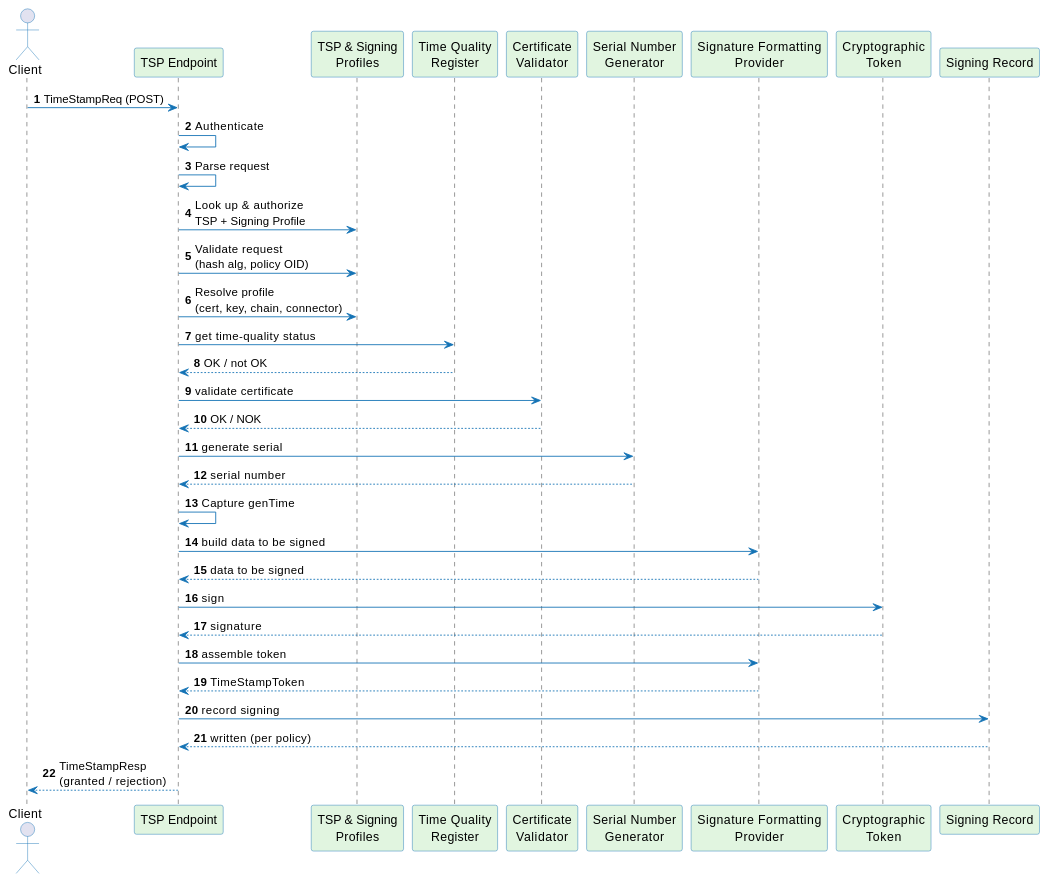
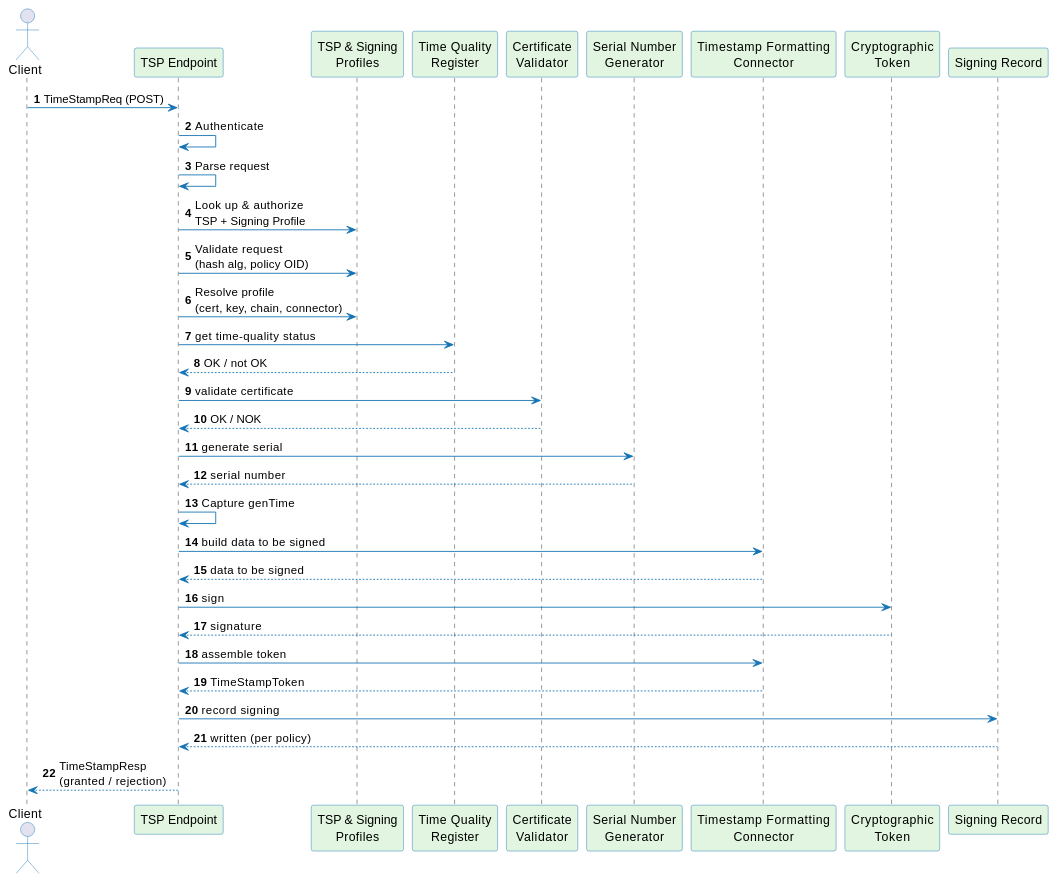
One commit to CZERTAINLY/CZERTAINLY-Documentation changed the diagram in docs/signing/timestamping/timestamping-flow.md. Above: the diagram before and after it, drawn with PlantUML. The commit also changed other lines of this file and 13 other files, not shown here.

````diff
--- a/docs/signing/timestamping/timestamping-flow.md
+++ b/docs/signing/timestamping/timestamping-flow.md
@@ -15,45 +15,45 @@
 ```plantuml
 @startuml
 skinparam sequence {
     ArrowColor #1573B5
     ActorBorderColor #1573B5
     ParticipantBorderColor #1573B5
     ParticipantBackgroundColor #E1F5E0
     NoteBackgroundColor #F7F7F7
 }
 autonumber
 
 actor Client
 participant "TSP Endpoint" as Core
 participant "TSP & Signing\nProfiles" as Profiles
 participant "Time Quality\nRegister" as TQ
 participant "Certificate\nValidator" as Cert
 participant "Serial Number\nGenerator" as Serial
-participant "Signature Formatting\nProvider" as Fmt
+participant "Timestamp Formatting\nConnector" as Fmt
 participant "Cryptographic\nToken" as Token
 participant "Signing Record" as Rec
 
 Client -> Core: TimeStampReq (POST)
 Core -> Core: Authenticate
 Core -> Core: Parse request
 Core -> Profiles: Look up & authorize\nTSP + Signing Profile
 Core -> Profiles: Validate request\n(hash alg, policy OID)
 Core -> Profiles: Resolve profile\n(cert, key, chain, connector)
 Core -> TQ: get time-quality status
 TQ --> Core: OK / not OK
 Core -> Cert: validate certificate
 Cert --> Core: OK / NOK
 Core -> Serial: generate serial
 Serial --> Core: serial number
 Core -> Core: Capture genTime
 Core -> Fmt: build data to be signed
 Fmt --> Core: data to be signed
 Core -> Token: sign
 Token --> Core: signature
 Core -> Fmt: assemble token
 Fmt --> Core: TimeStampToken
 Core -> Rec: record signing
 Rec --> Core: written (per policy)
 Core --> Client: TimeStampResp\n(granted / rejection)
 @enduml
 ```
````
